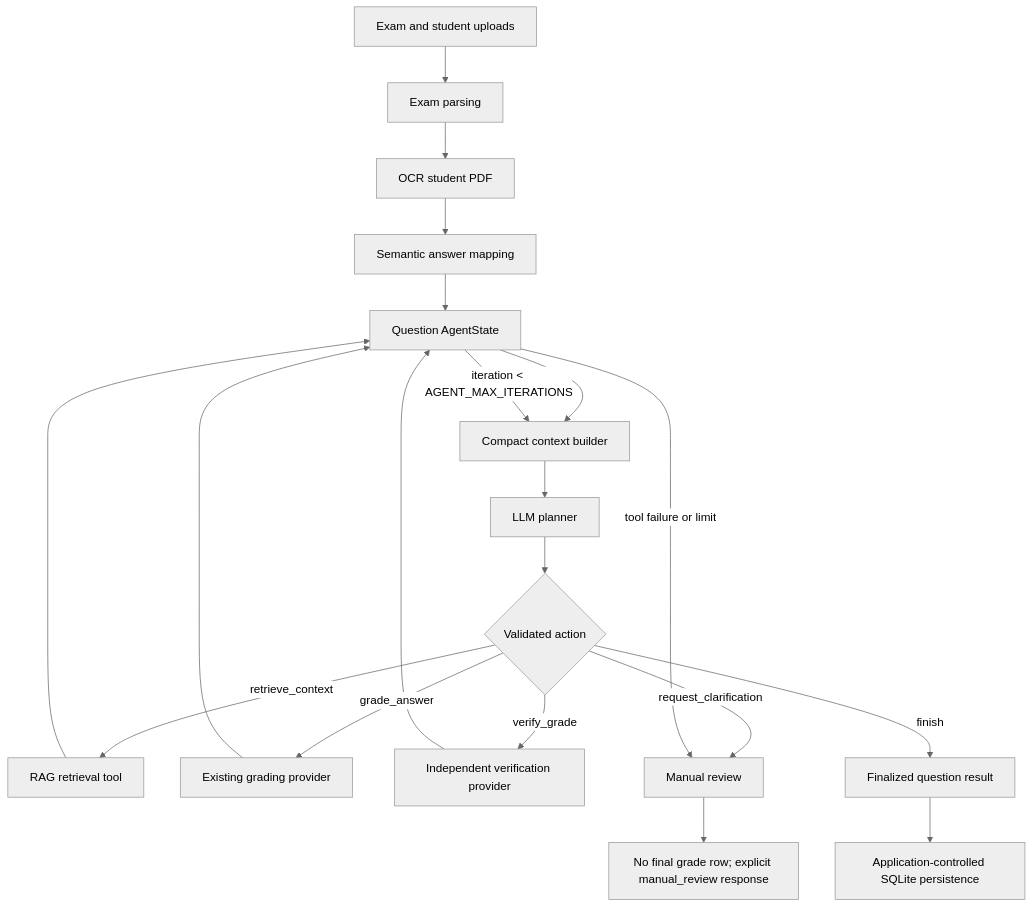
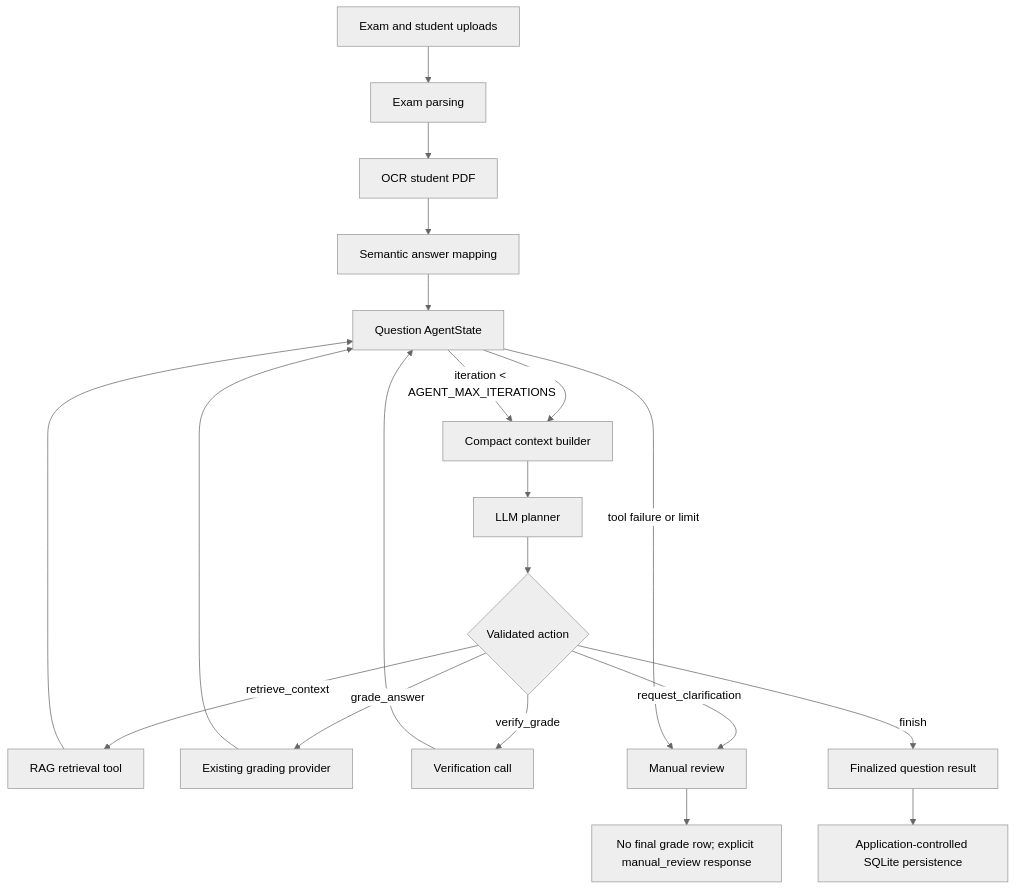
One commit to nilima-sth/Auto-assessment-GradingSystem changed the diagram in docs/architecture.md. Above: the diagram before and after it, drawn with Mermaid (neutral theme). The commit also changed other lines of this file and 10 other files, not shown here.

````diff
--- a/docs/architecture.md
+++ b/docs/architecture.md
@@ -5,22 +5,22 @@
 ```mermaid
 flowchart TD
     U[Exam and student uploads] --> P[Exam parsing]
     P --> O[OCR student PDF]
     O --> M[Semantic answer mapping]
     M --> A[Question AgentState]
     A --> C[Compact context builder]
     C --> L[LLM planner]
     L --> D{Validated action}
     D -->|retrieve_context| R[RAG retrieval tool]
     D -->|grade_answer| G[Existing grading provider]
-    D -->|verify_grade| V[Independent verification provider]
+    D -->|verify_grade| V[Verification call]
     D -->|request_clarification| H[Manual review]
     D -->|finish| F[Finalized question result]
     R --> A
     G --> A
     V --> A
     A -->|iteration < AGENT_MAX_ITERATIONS| C
     A -->|tool failure or limit| H
     F --> S[Application-controlled SQLite persistence]
     H --> N[No final grade row; explicit manual_review response]
 ```
````
